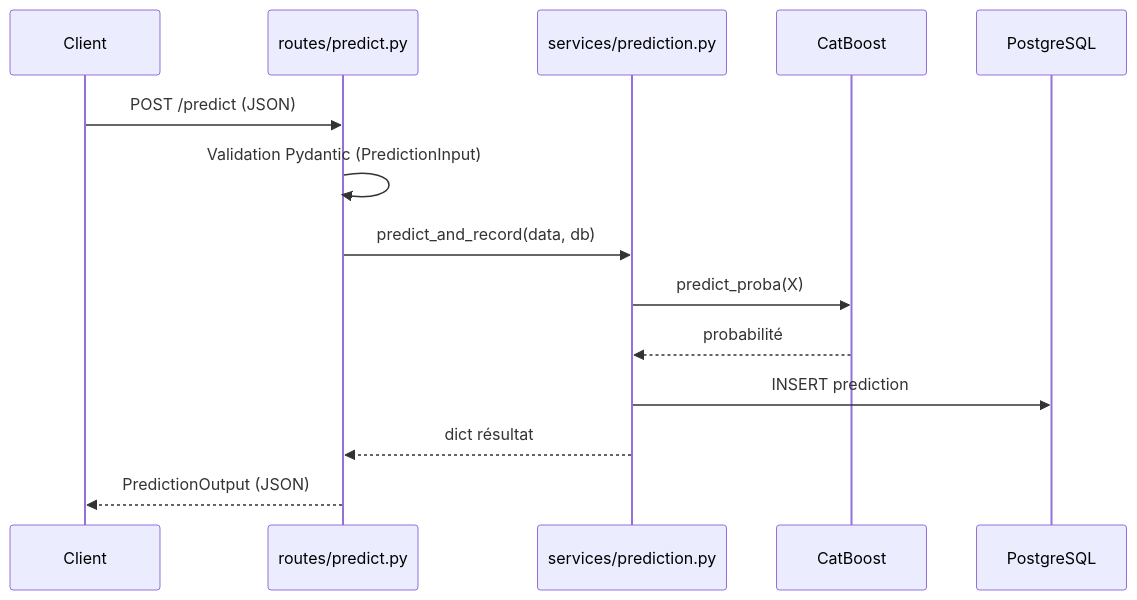
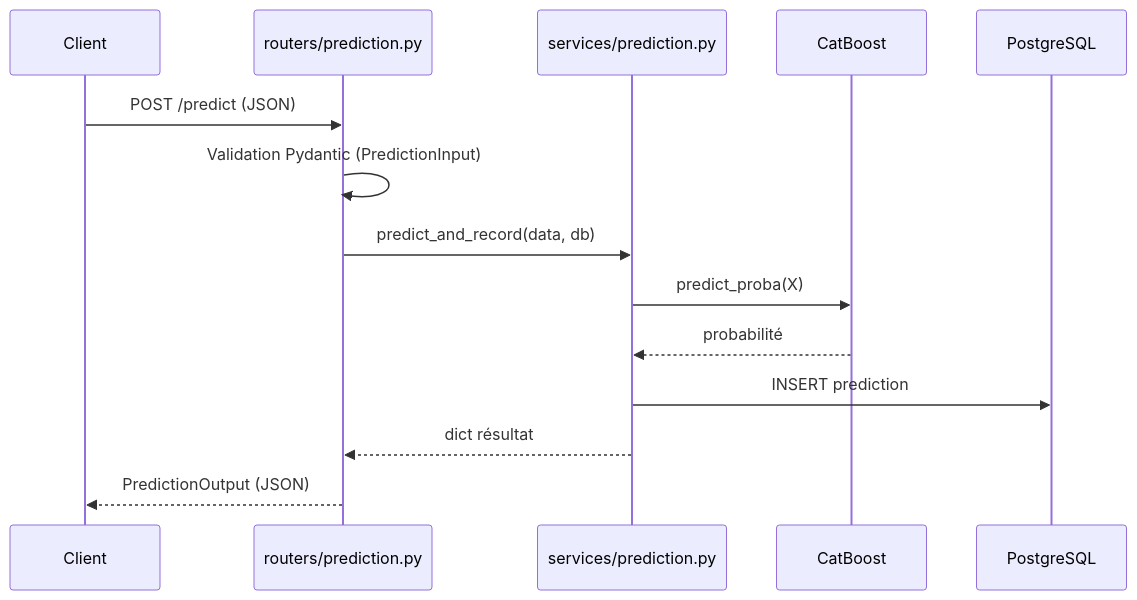
One commit to Formation-AI-Engineer/deployez-un-modele-de-machine-learning changed the second of 2 diagrams in README.md. Above: the diagram before and after it, drawn with Mermaid. The commit also changed other lines of this file and 4 other files, not shown here.

Commit message:
feat(api): renomme routes en routers

````diff
--- a/README.md
+++ b/README.md
@@ -186,17 +186,17 @@
 ```mermaid
 sequenceDiagram
     participant C as Client
-    participant R as routes/predict.py
+    participant R as routers/prediction.py
     participant S as services/prediction.py
     participant M as CatBoost
     participant DB as PostgreSQL
 
     C->>R: POST /predict (JSON)
     R->>R: Validation Pydantic (PredictionInput)
     R->>S: predict_and_record(data, db)
     S->>M: predict_proba(X)
     M-->>S: probabilité
     S->>DB: INSERT prediction
     S-->>R: dict résultat
     R-->>C: PredictionOutput (JSON)
 ```
````
